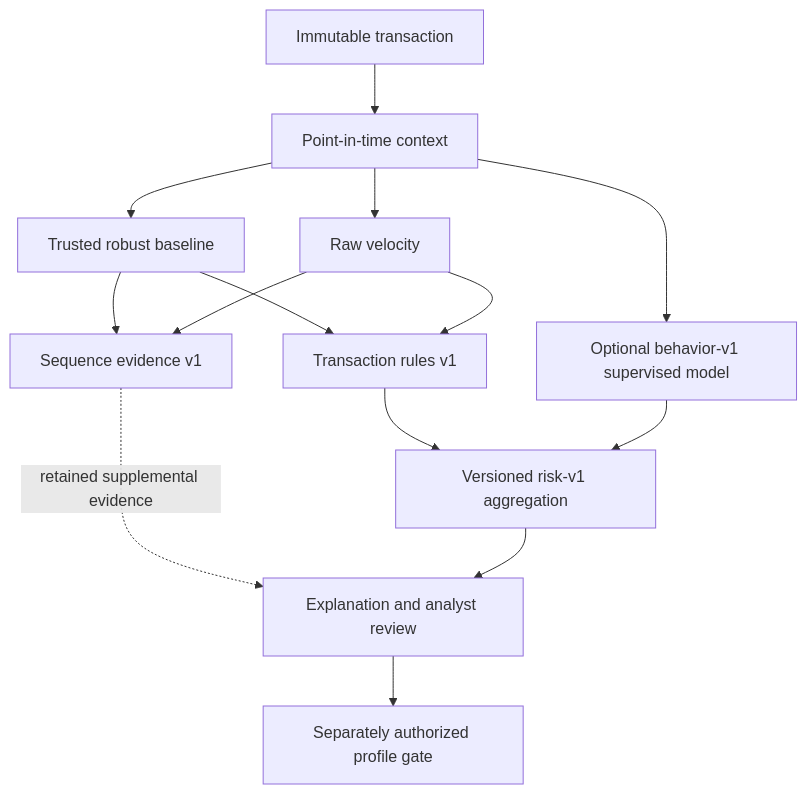
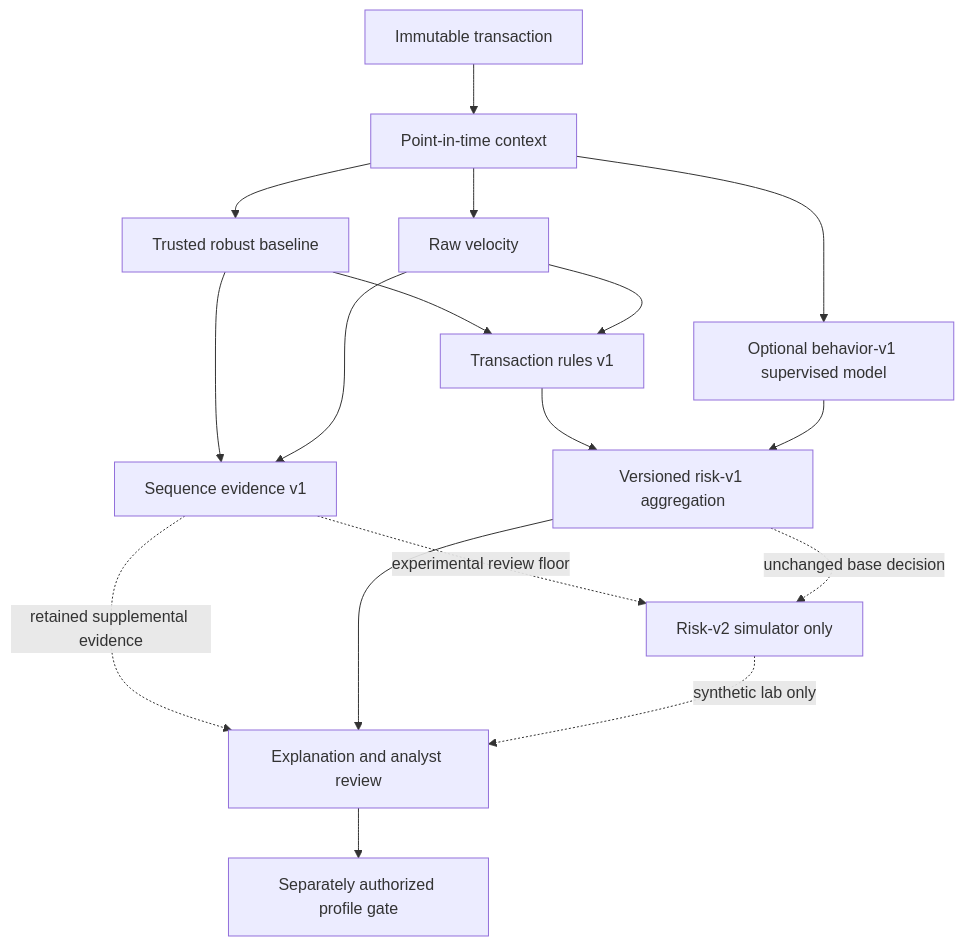
One commit to nuchaaa/FraudLens changed the diagram in docs/architecture/detector-layers.md. Above: the diagram before and after it, drawn with Mermaid. The commit also changed other lines of this file and 11 other files, not shown here.

Commit message:
Falsify experimental sequence policy on independent synthetic cases

````diff
--- a/docs/architecture/detector-layers.md
+++ b/docs/architecture/detector-layers.md
@@ -6,16 +6,19 @@
 ```mermaid
 flowchart TD
     T[Immutable transaction] --> C[Point-in-time context]
     C --> B[Trusted robust baseline]
     C --> V[Raw velocity]
     B --> R[Transaction rules v1]
     V --> R
     B --> S[Sequence evidence v1]
     V --> S
     C --> M[Optional behavior-v1 supervised model]
     R --> A[Versioned risk-v1 aggregation]
     M --> A
     S -. retained supplemental evidence .-> E[Explanation and analyst review]
+    S -. experimental review floor .-> R2[Risk-v2 simulator only]
     A --> E
+    A -. unchanged base decision .-> R2
+    R2 -. synthetic lab only .-> E
     E --> G[Separately authorized profile gate]
 ```
````
